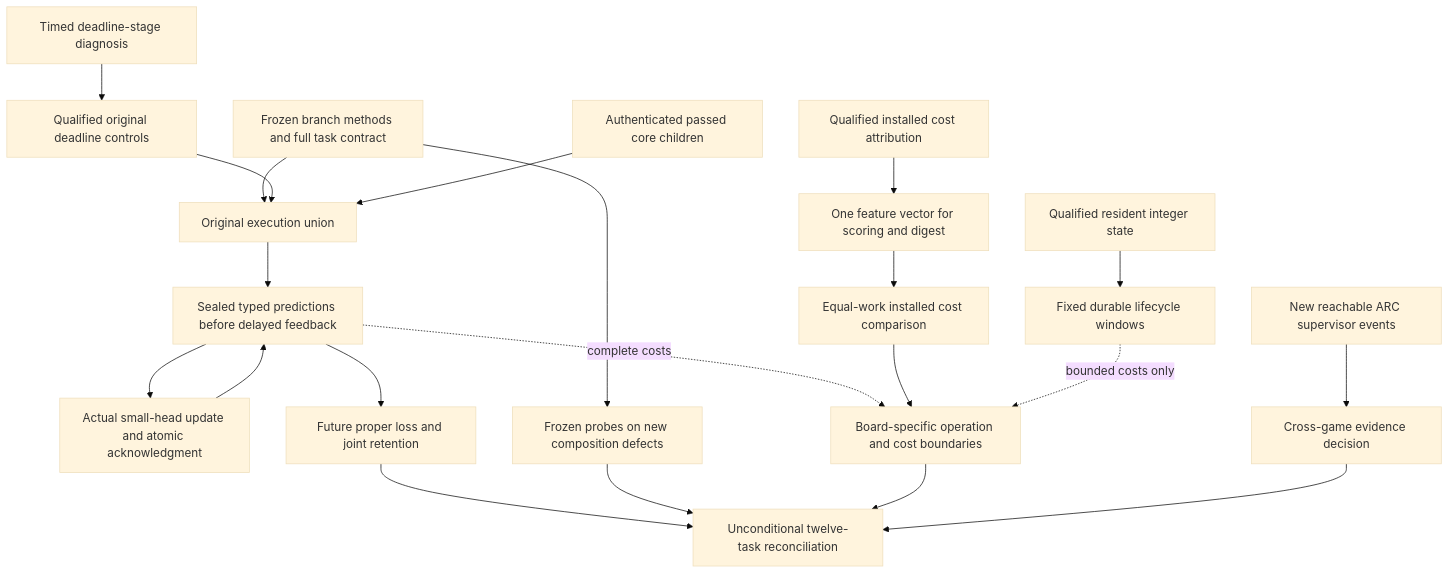
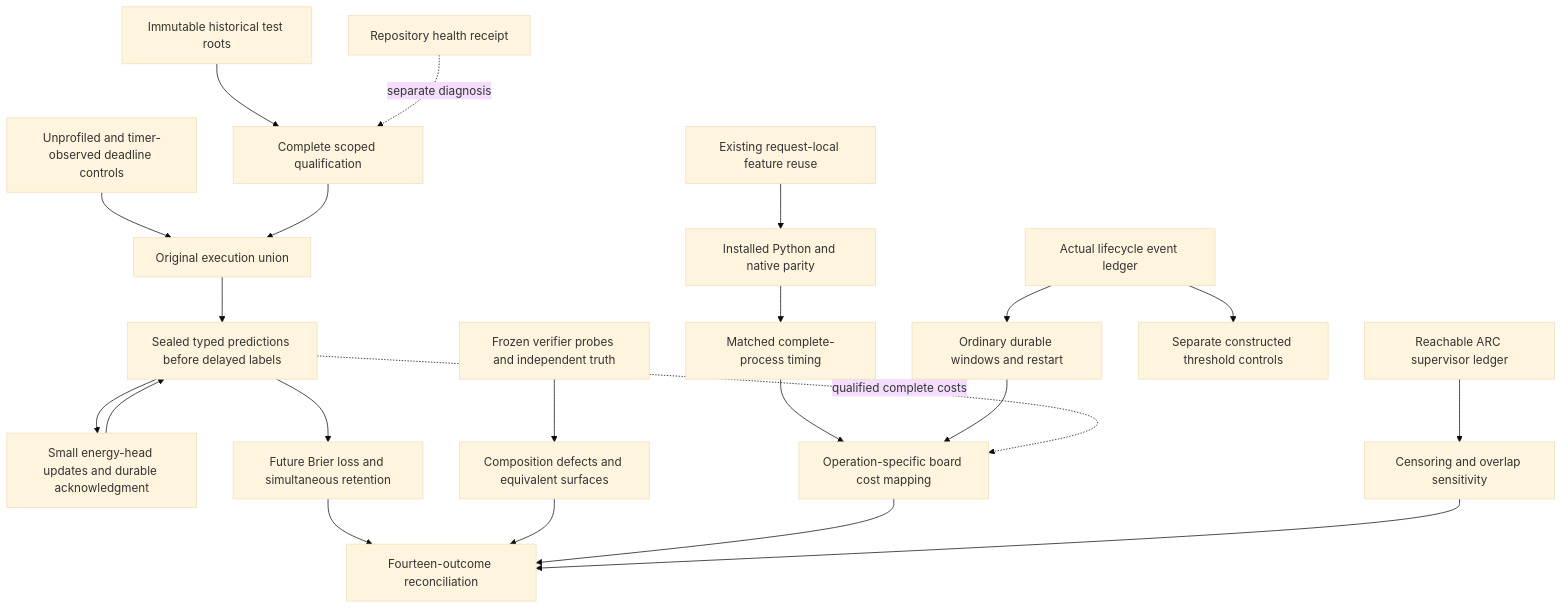
Before and after one commit to Carnot-EBM/carnot-ebm: the first of 2 diagrams in openspec/change-proposals/research-roadmap-vNEXT.md, drawn with Mermaid (base theme). The commit also changed other lines of this file and 18 other files, not shown here.

````diff
--- a/openspec/change-proposals/research-roadmap-vNEXT.md
+++ b/openspec/change-proposals/research-roadmap-vNEXT.md
@@ -76,23 +80,24 @@
 ```mermaid
 flowchart TD
-    M[Frozen branch methods and full task contract] --> U[Original execution union]
-    D[Timed deadline-stage diagnosis] --> C[Qualified original deadline controls]
-    C --> U
-    R[Authenticated passed core children] --> U
-    U --> L[Sealed typed predictions before delayed feedback]
-    L --> W[Actual small-head update and atomic acknowledgment]
+    A[Immutable historical test roots] --> Q[Complete scoped qualification]
+    H[Repository health receipt] -. separate diagnosis .-> Q
+    D[Unprofiled and timer-observed deadline controls] --> U[Original execution union]
+    Q --> U
+    U --> L[Sealed typed predictions before delayed labels]
+    L --> W[Small energy-head updates and durable acknowledgment]
     W --> L
-    L --> B[Future proper loss and joint retention]
-    M --> V[Frozen probes on new composition defects]
-    I[Qualified installed cost attribution] --> F[One feature vector for scoring and digest]
-    F --> P[Equal-work installed cost comparison]
-    N[Qualified resident integer state] --> K[Fixed durable lifecycle windows]
-    L -. complete costs .-> H[Board-specific operation and cost boundaries]
-    P --> H
-    K -. bounded costs only .-> H
-    A[New reachable ARC supervisor events] --> O[Cross-game evidence decision]
-    B --> Z[Unconditional twelve-task reconciliation]
-    V --> Z
-    H --> Z
-    O --> Z
+    L --> B[Future Brier loss and simultaneous retention]
+    V[Frozen verifier probes and independent truth] --> S[Composition defects and equivalent surfaces]
+    F[Existing request-local feature reuse] --> P[Installed Python and native parity]
+    P --> C[Matched complete-process timing]
+    E[Actual lifecycle event ledger] --> O[Ordinary durable windows and restart]
+    E --> T[Separate constructed threshold controls]
+    C --> M[Operation-specific board cost mapping]
+    O --> M
+    L -. qualified complete costs .-> M
+    R[Reachable ARC supervisor ledger] --> X[Censoring and overlap sensitivity]
+    B --> Z[Fourteen-outcome reconciliation]
+    S --> Z
+    M --> Z
+    X --> Z
 ```
````
